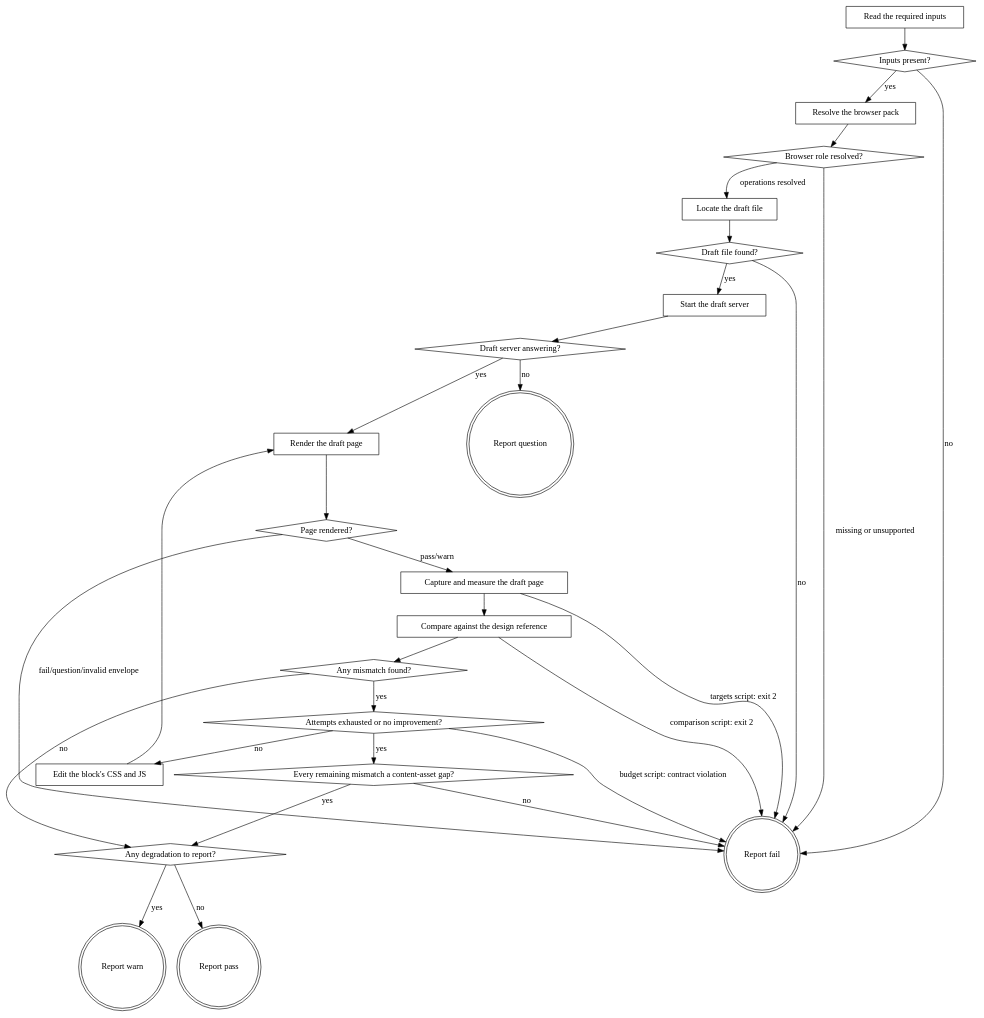
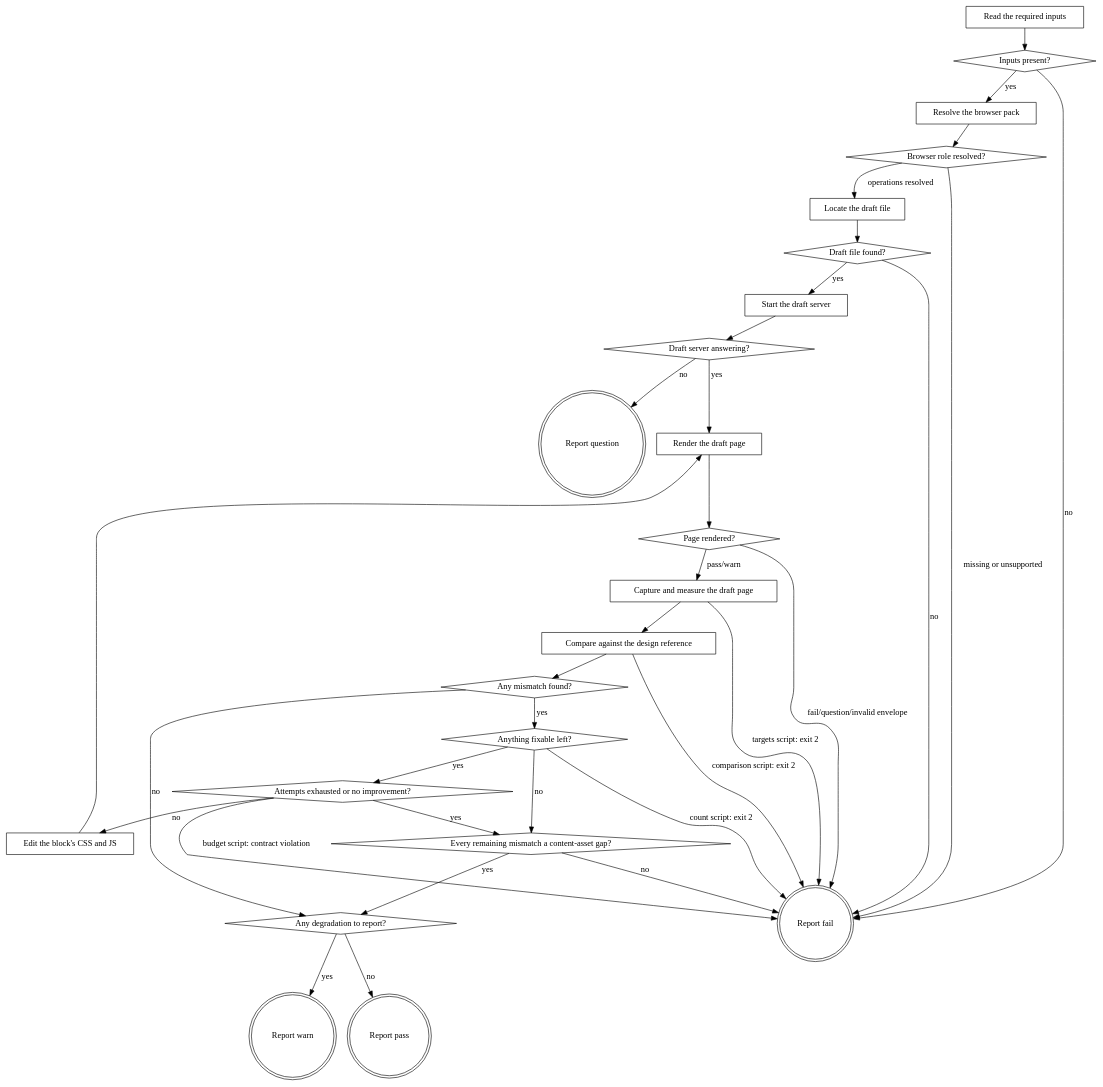
Before and after one commit to agenticDraft/aem-eds-ai-workflow-demo: the diagram in plugins/eds/skills/eds-verify-design/SKILL.md, drawn with Graphviz. The commit also changed other lines of this file and 2 other files, not shown here.

Commit message:
verify-design ends the fix loop when nothing is fixable, counted by a script (D536)

````diff
--- a/plugins/eds/skills/eds-verify-design/SKILL.md
+++ b/plugins/eds/skills/eds-verify-design/SKILL.md
@@ -57,55 +57,59 @@
 ```dot
 digraph eds_verify_design {
     "Read the required inputs" [shape=box];
     "Inputs present?" [shape=diamond];
     "Resolve the browser pack" [shape=box];
     "Browser role resolved?" [shape=diamond];
     "Locate the draft file" [shape=box];
     "Draft file found?" [shape=diamond];
     "Start the draft server" [shape=box];
     "Draft server answering?" [shape=diamond];
     "Render the draft page" [shape=box];
     "Page rendered?" [shape=diamond];
     "Capture and measure the draft page" [shape=box];
     "Compare against the design reference" [shape=box];
     "Any mismatch found?" [shape=diamond];
+    "Anything fixable left?" [shape=diamond];
     "Attempts exhausted or no improvement?" [shape=diamond];
     "Every remaining mismatch a content-asset gap?" [shape=diamond];
     "Edit the block's CSS and JS" [shape=box];
     "Any degradation to report?" [shape=diamond];
     "Report fail" [shape=doublecircle];
     "Report question" [shape=doublecircle];
     "Report warn" [shape=doublecircle];
     "Report pass" [shape=doublecircle];
 
     "Read the required inputs" -> "Inputs present?";
     "Inputs present?" -> "Resolve the browser pack" [label="yes"];
     "Inputs present?" -> "Report fail" [label="no"];
     "Resolve the browser pack" -> "Browser role resolved?";
     "Browser role resolved?" -> "Locate the draft file" [label="operations resolved"];
     "Browser role resolved?" -> "Report fail" [label="missing or unsupported"];
     "Locate the draft file" -> "Draft file found?";
     "Draft file found?" -> "Start the draft server" [label="yes"];
     "Draft file found?" -> "Report fail" [label="no"];
     "Start the draft server" -> "Draft server answering?";
     "Draft server answering?" -> "Render the draft page" [label="yes"];
     "Draft server answering?" -> "Report question" [label="no"];
     "Render the draft page" -> "Page rendered?";
     "Page rendered?" -> "Capture and measure the draft page" [label="pass/warn"];
     "Page rendered?" -> "Report fail" [label="fail/question/invalid envelope"];
     "Capture and measure the draft page" -> "Compare against the design reference";
     "Capture and measure the draft page" -> "Report fail" [label="targets script: exit 2"];
     "Compare against the design reference" -> "Any mismatch found?";
     "Compare against the design reference" -> "Report fail" [label="comparison script: exit 2"];
     "Any mismatch found?" -> "Any degradation to report?" [label="no"];
-    "Any mismatch found?" -> "Attempts exhausted or no improvement?" [label="yes"];
+    "Any mismatch found?" -> "Anything fixable left?" [label="yes"];
+    "Anything fixable left?" -> "Attempts exhausted or no improvement?" [label="yes"];
+    "Anything fixable left?" -> "Every remaining mismatch a content-asset gap?" [label="no"];
+    "Anything fixable left?" -> "Report fail" [label="count script: exit 2"];
     "Attempts exhausted or no improvement?" -> "Every remaining mismatch a content-asset gap?" [label="yes"];
     "Attempts exhausted or no improvement?" -> "Edit the block's CSS and JS" [label="no"];
     "Attempts exhausted or no improvement?" -> "Report fail" [label="budget script: contract violation"];
     "Every remaining mismatch a content-asset gap?" -> "Any degradation to report?" [label="yes"];
     "Every remaining mismatch a content-asset gap?" -> "Report fail" [label="no"];
     "Edit the block's CSS and JS" -> "Render the draft page";
     "Any degradation to report?" -> "Report warn" [label="yes"];
     "Any degradation to report?" -> "Report pass" [label="no"];
 }
 ```
````
